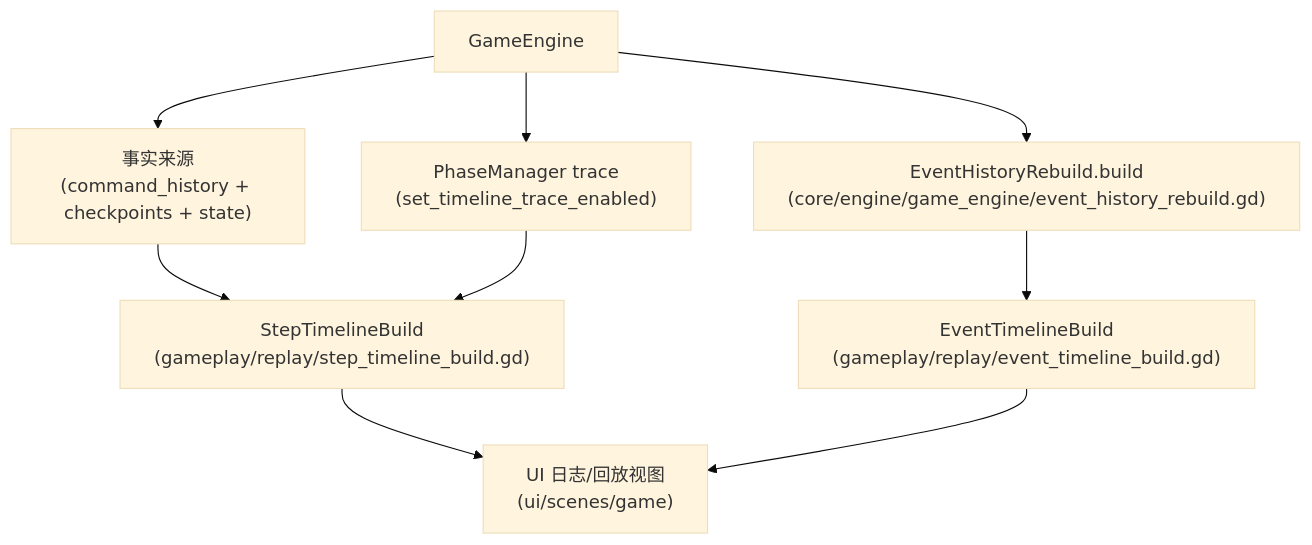
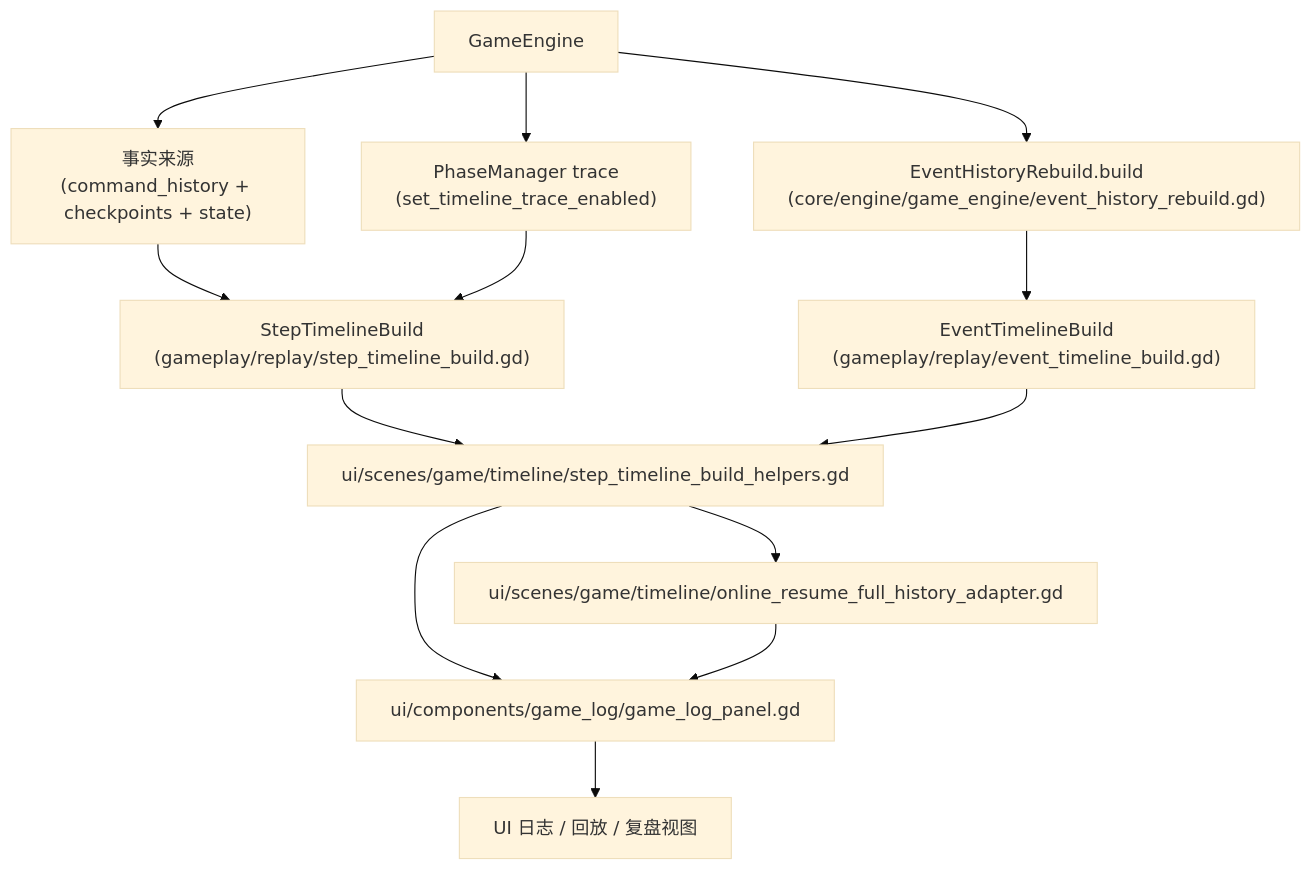
One commit to ygowill/food_chain_magnate changed the diagram in docs/architecture/42-gameplay-replay-timelines.md. Above: the diagram before and after it, drawn with Mermaid (base theme). The commit also changed other lines of this file and 5 other files, not shown here.

Commit message:
docs(online): sync resume timeline and perf architecture

````diff
--- a/docs/architecture/42-gameplay-replay-timelines.md
+++ b/docs/architecture/42-gameplay-replay-timelines.md
@@ -13,20 +17,27 @@
 ```mermaid
 flowchart TB
   Engine["GameEngine"]
   Facts["事实来源\n(command_history + checkpoints + state)"]
   PMTrace["PhaseManager trace\n(set_timeline_trace_enabled)"]
 
   Step["StepTimelineBuild\n(gameplay/replay/step_timeline_build.gd)"]
   EventTL["EventTimelineBuild\n(gameplay/replay/event_timeline_build.gd)"]
   Rebuild["EventHistoryRebuild.build\n(core/engine/game_engine/event_history_rebuild.gd)"]
 
-  UI["UI 日志/回放视图\n(ui/scenes/game)"]
+  Helpers["ui/scenes/game/timeline/step_timeline_build_helpers.gd"]
+  ResumeAdapter["ui/scenes/game/timeline/online_resume_full_history_adapter.gd"]
+  Panel["ui/components/game_log/game_log_panel.gd"]
+  UI["UI 日志 / 回放 / 复盘视图"]
 
   Engine --> Facts
   Engine --> PMTrace
   Facts --> Step
   PMTrace --> Step
-  Step --> UI
-
-  Engine --> Rebuild --> EventTL --> UI
+  Engine --> Rebuild --> EventTL
+  Step --> Helpers
+  EventTL --> Helpers
+  Helpers --> ResumeAdapter
+  Helpers --> Panel
+  ResumeAdapter --> Panel
+  Panel --> UI
 ```
````
